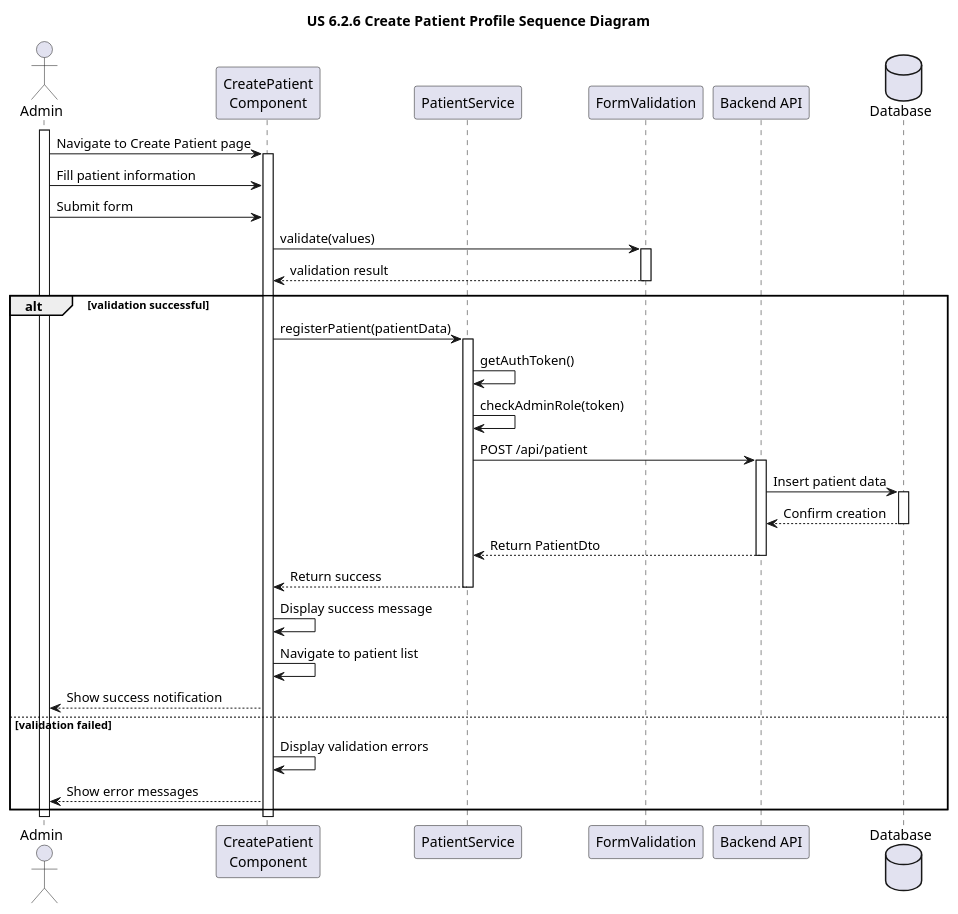
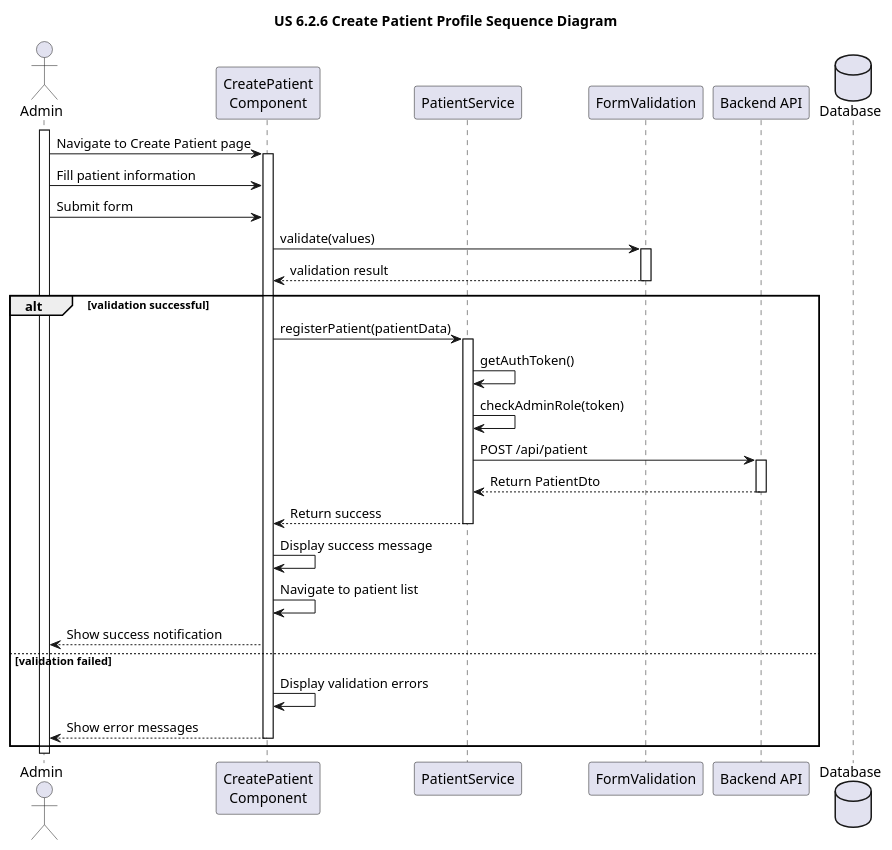
The diagram in docs/Sprint2/US 6.2.6/SD.puml (HugBar/3DC_G17), drawn with PlantUML before and after one commit. The commit also changed 11 other files, not shown here.

```diff
--- a/docs/Sprint2/US 6.2.6/SD.puml
+++ b/docs/Sprint2/US 6.2.6/SD.puml
@@ -1,49 +1,45 @@
-@startuml namespace sequence diagram
+@startuml
 title "US 6.2.6 Create Patient Profile Sequence Diagram"
 
 actor Admin
 participant "CreatePatient\nComponent" as UI
 participant "PatientService" as PS
 participant "FormValidation" as FV
 participant "Backend API" as API
 database "Database" as DB
 
 activate Admin
 Admin -> UI: Navigate to Create Patient page
 activate UI
 
 Admin -> UI: Fill patient information
 Admin -> UI: Submit form
 
 UI -> FV: validate(values)
 activate FV
 FV --> UI: validation result
 deactivate FV
 
 alt validation successful
     UI -> PS: registerPatient(patientData)
     activate PS
     PS -> PS: getAuthToken()
     PS -> PS: checkAdminRole(token)
     PS -> API: POST /api/patient
     activate API
-    API -> DB: Insert patient data
-    activate DB
-    DB --> API: Confirm creation
-    deactivate DB
     API --> PS: Return PatientDto
     deactivate API
     PS --> UI: Return success
     deactivate PS
     UI -> UI: Display success message
     UI -> UI: Navigate to patient list
     UI --> Admin: Show success notification
 else validation failed
     UI -> UI: Display validation errors
     UI --> Admin: Show error messages
+    deactivate
 end
 
 deactivate UI
 deactivate Admin
-
 @enduml
```
